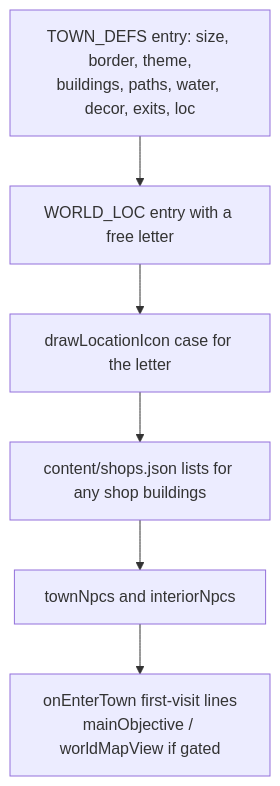
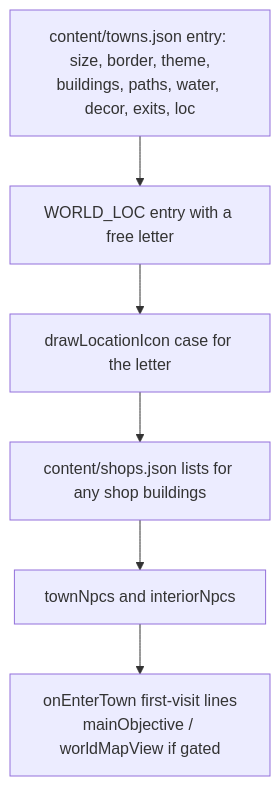
One commit to CptNope/Laternfall changed the third of 4 diagrams in docs/MODDING.md. Above: the diagram before and after it, drawn with Mermaid. The commit also changed other lines of this file and 21 other files, not shown here.

````diff
--- a/docs/MODDING.md
+++ b/docs/MODDING.md
@@ -318,8 +341,8 @@
 ```mermaid
 flowchart TD
-    T1[TOWN_DEFS entry: size, border, theme,<br/>buildings, paths, water, decor, exits, loc] --> T2[WORLD_LOC entry with a free letter]
+    T1[content/towns.json entry: size, border, theme,<br/>buildings, paths, water, decor, exits, loc] --> T2[WORLD_LOC entry with a free letter]
     T2 --> T3[drawLocationIcon case for the letter]
     T3 --> T4[content/shops.json lists for any shop buildings]
     T4 --> T5[townNpcs and interiorNpcs]
     T5 --> T6[onEnterTown first-visit lines<br/>mainObjective / worldMapView if gated]
 ```
````
